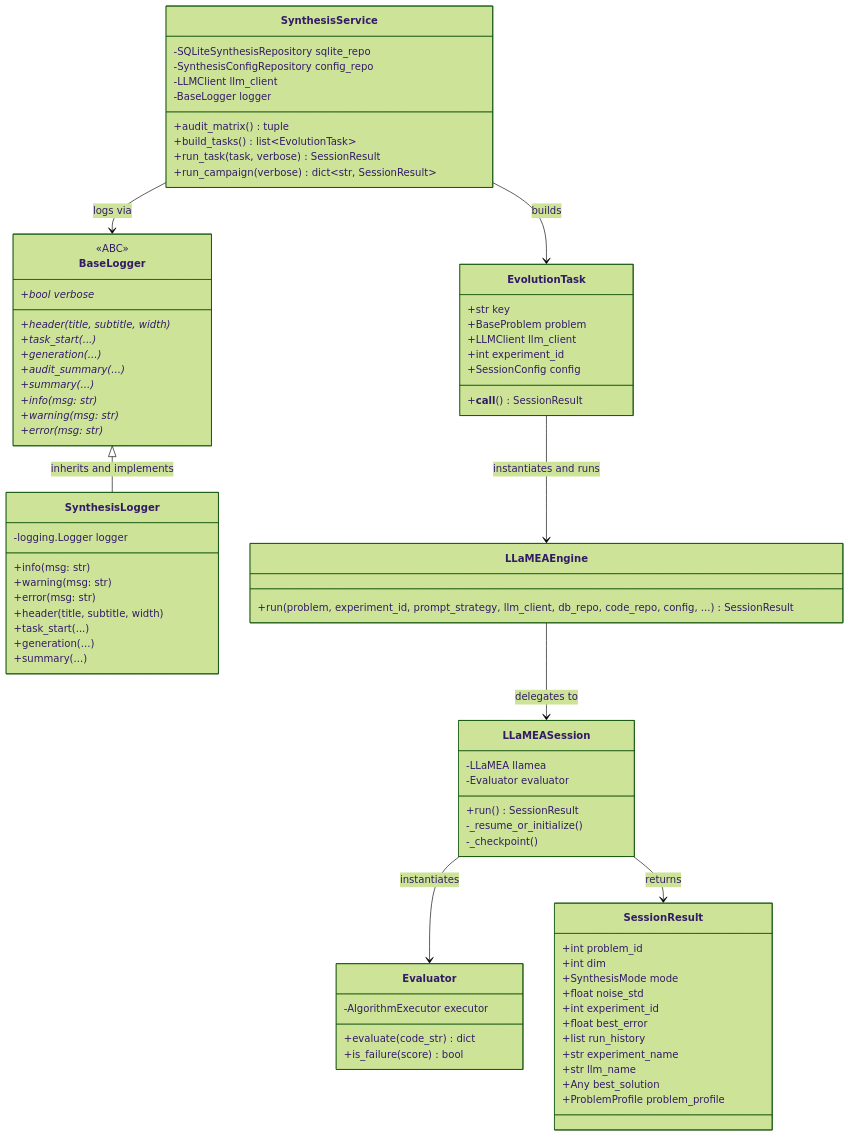
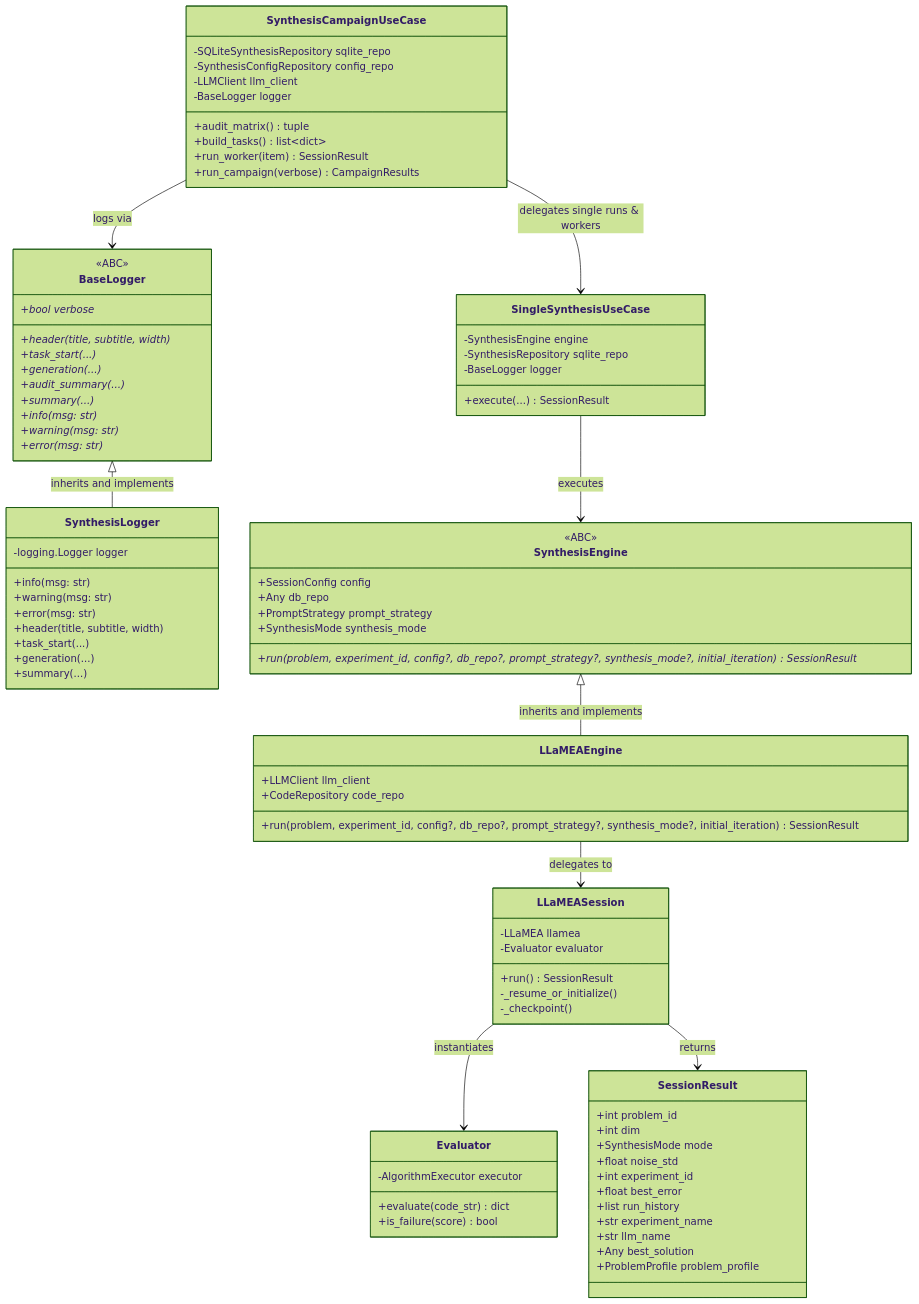
The second of 3 diagrams in docs/architecture/llamea_architecture.md (Nicola-Ibrahim/AAD_LLM), drawn with Mermaid (forest theme) before and after one commit. The commit also changed other lines of this file and 31 other files, not shown here.

````diff
--- a/docs/architecture/llamea_architecture.md
+++ b/docs/architecture/llamea_architecture.md
@@ -102,8 +103,19 @@
         +summary(...)
     }
 
+    class SynthesisEngine {
+        <<ABC>>
+        +SessionConfig config
+        +Any db_repo
+        +PromptStrategy prompt_strategy
+        +SynthesisMode synthesis_mode
+        +run(problem, experiment_id, config?, db_repo?, prompt_strategy?, synthesis_mode?, initial_iteration) SessionResult*
+    }
+
     class LLaMEAEngine {
-        +run(problem, experiment_id, prompt_strategy, llm_client, db_repo, code_repo, config, ...) SessionResult
+        +LLMClient llm_client
+        +CodeRepository code_repo
+        +run(problem, experiment_id, config?, db_repo?, prompt_strategy?, synthesis_mode?, initial_iteration) SessionResult
     }
 
     class LLaMEASession {
@@ -120,24 +132,22 @@
         +is_failure(score) bool
     }
 
-    class SynthesisService {
+    class SynthesisCampaignUseCase {
         -SQLiteSynthesisRepository sqlite_repo
         -SynthesisConfigRepository config_repo
         -LLMClient llm_client
         -BaseLogger logger
         +audit_matrix() tuple
-        +build_tasks() list~EvolutionTask~
-        +run_task(task, verbose) SessionResult
-        +run_campaign(verbose) dict~str, SessionResult~
+        +build_tasks() list~dict~
+        +run_worker(item) SessionResult
+        +run_campaign(verbose) CampaignResults
     }
 
-    class EvolutionTask {
-        +str key
-        +BaseProblem problem
-        +LLMClient llm_client
-        +int experiment_id
-        +SessionConfig config
-        +__call__() SessionResult
+    class SingleSynthesisUseCase {
+        -SynthesisEngine engine
+        -SynthesisRepository sqlite_repo
+        -BaseLogger logger
+        +execute(...) SessionResult
     }
 
     class SessionResult {
@@ -155,10 +165,11 @@
     }
 
     BaseLogger <|-- SynthesisLogger : inherits and implements
+    SynthesisEngine <|-- LLaMEAEngine : inherits and implements
     LLaMEAEngine --> LLaMEASession : delegates to
     LLaMEASession --> Evaluator : instantiates
-    SynthesisService --> EvolutionTask : builds
-    EvolutionTask --> LLaMEAEngine : instantiates and runs
-    SynthesisService --> BaseLogger : logs via
+    SynthesisCampaignUseCase --> SingleSynthesisUseCase : delegates single runs & workers
+    SingleSynthesisUseCase --> SynthesisEngine : executes
+    SynthesisCampaignUseCase --> BaseLogger : logs via
     LLaMEASession --> SessionResult : returns
 ```
````
